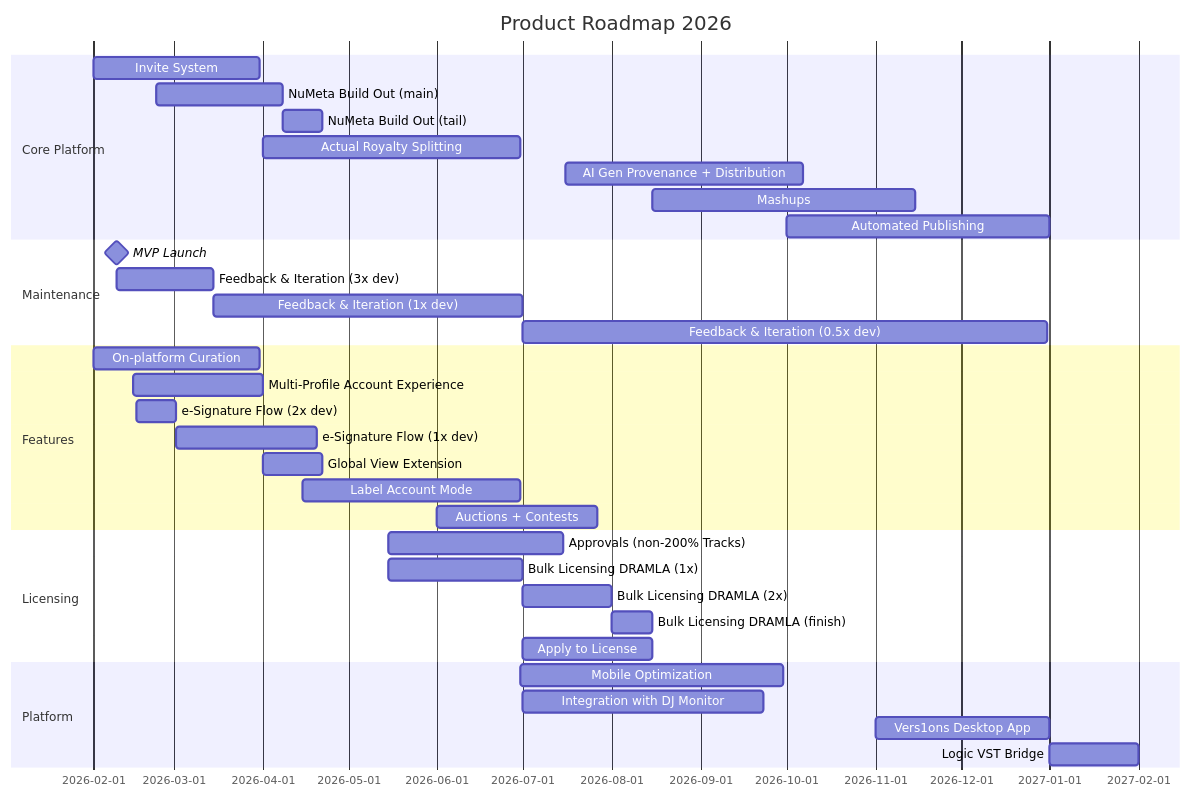
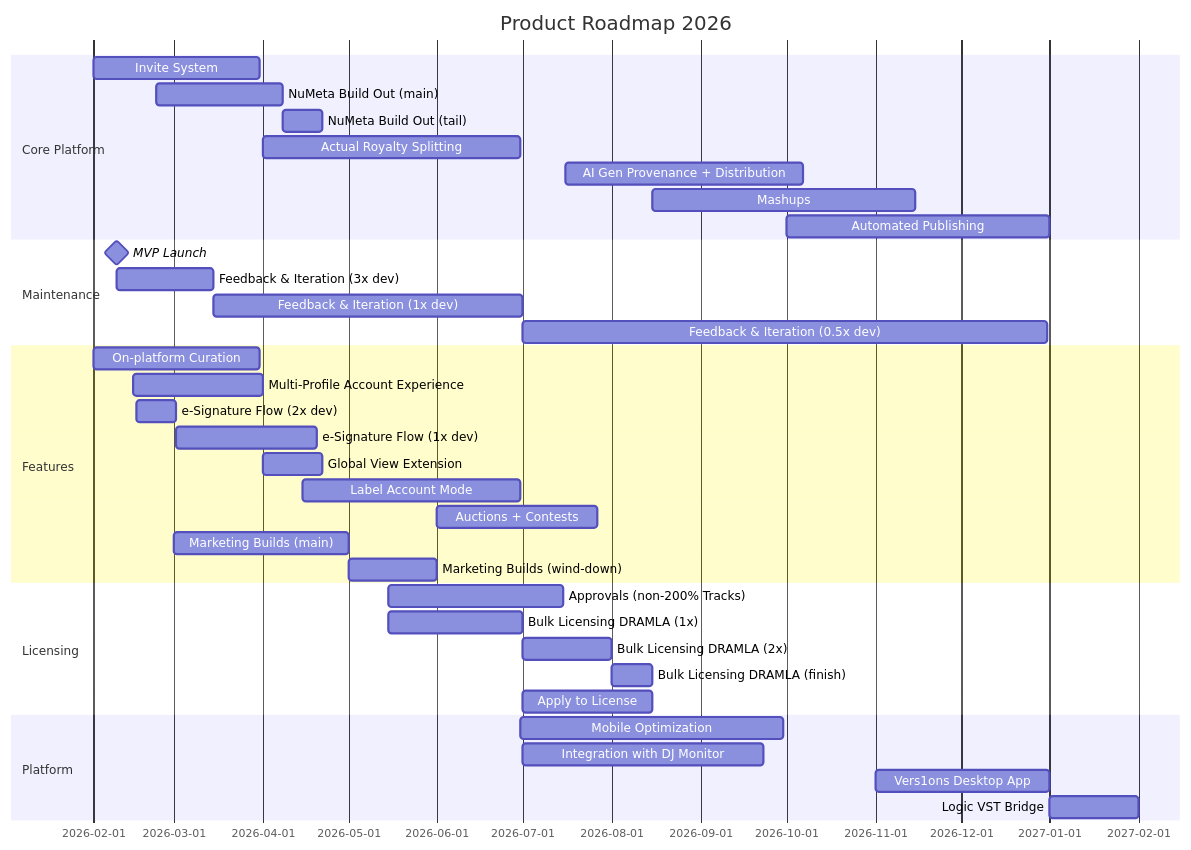
The diagram in roadmap.md (ARC-H1VE/vers1ons-roadmap), drawn with Mermaid before and after one commit. The commit also changed other lines of this file and 1 other file, not shown here.

First line of the commit message:
Add Marketing Builds with phased wind-down

````diff
--- a/roadmap.md
+++ b/roadmap.md
@@ -113,42 +114,44 @@
 ```mermaid
 gantt
     title Product Roadmap 2026
     dateFormat YYYY-MM-DD
 
     section Core Platform
     Invite System                    :2026-02-01, 2026-03-31
     NuMeta Build Out (main)          :2026-02-23, 2026-04-08
     NuMeta Build Out (tail)          :2026-04-08, 2026-04-22
     Actual Royalty Splitting         :2026-04-01, 2026-06-30
     AI Gen Provenance + Distribution :2026-07-16, 2026-10-07
     Mashups                          :2026-08-15, 2026-11-15
     Automated Publishing             :2026-10-01, 2027-01-01
 
     section Maintenance
     MVP Launch                       :milestone, 2026-02-09, 0d
     Feedback & Iteration (3x dev)    :2026-02-09, 2026-03-15
     Feedback & Iteration (1x dev)    :2026-03-15, 2026-07-01
     Feedback & Iteration (0.5x dev)  :2026-07-01, 2026-12-31
 
     section Features
     On-platform Curation             :2026-02-01, 2026-03-31
     Multi-Profile Account Experience :2026-02-15, 2026-04-01
     e-Signature Flow (2x dev)        :2026-02-16, 2026-03-02
     e-Signature Flow (1x dev)        :2026-03-02, 2026-04-20
     Global View Extension            :2026-04-01, 2026-04-22
     Label Account Mode               :2026-04-15, 2026-06-30
     Auctions + Contests              :2026-06-01, 2026-07-27
+    Marketing Builds (main)          :2026-03-01, 2026-05-01
+    Marketing Builds (wind-down)     :2026-05-01, 2026-06-01
 
     section Licensing
     Approvals (non-200% Tracks)      :2026-05-15, 2026-07-15
     Bulk Licensing DRAMLA (1x)       :2026-05-15, 2026-07-01
     Bulk Licensing DRAMLA (2x)       :2026-07-01, 2026-08-01
     Bulk Licensing DRAMLA (finish)   :2026-08-01, 2026-08-15
     Apply to License                 :2026-07-01, 2026-08-15
 
     section Platform
     Mobile Optimization              :2026-06-30, 2026-09-30
     Integration with DJ Monitor      :2026-07-01, 2026-09-23
     Vers1ons Desktop App             :2026-11-01, 2027-01-01
     Logic VST Bridge                 :2027-01-01, 2027-02-01
 ```
````
